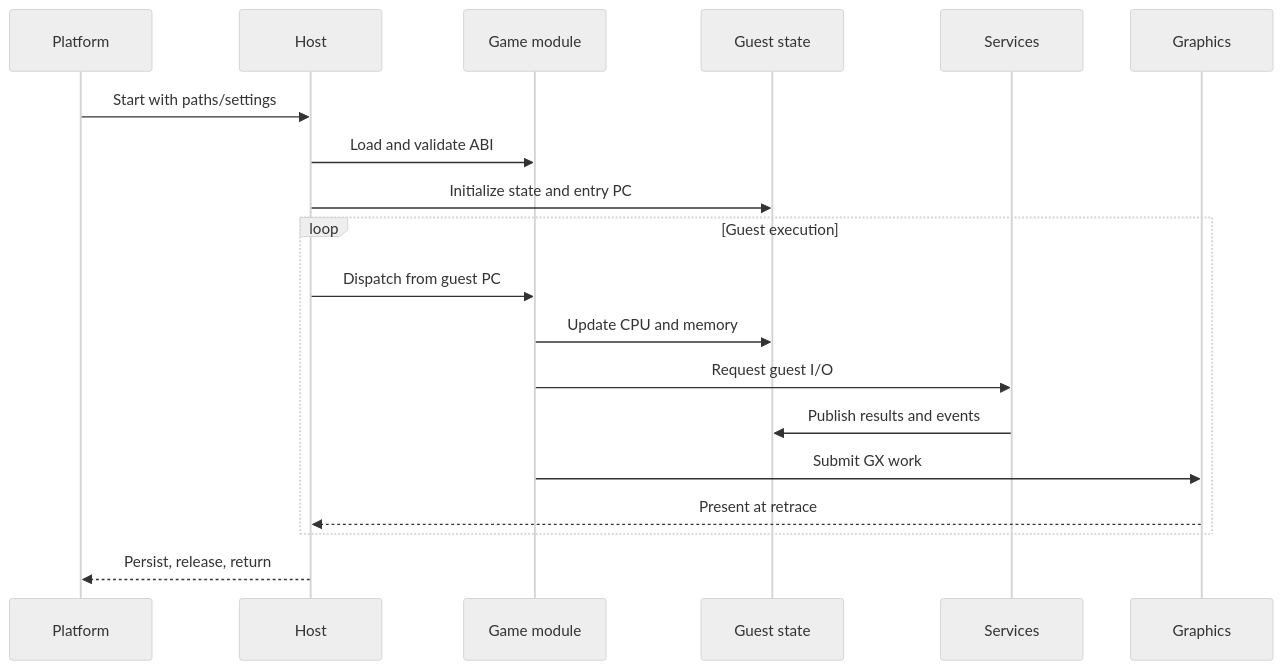
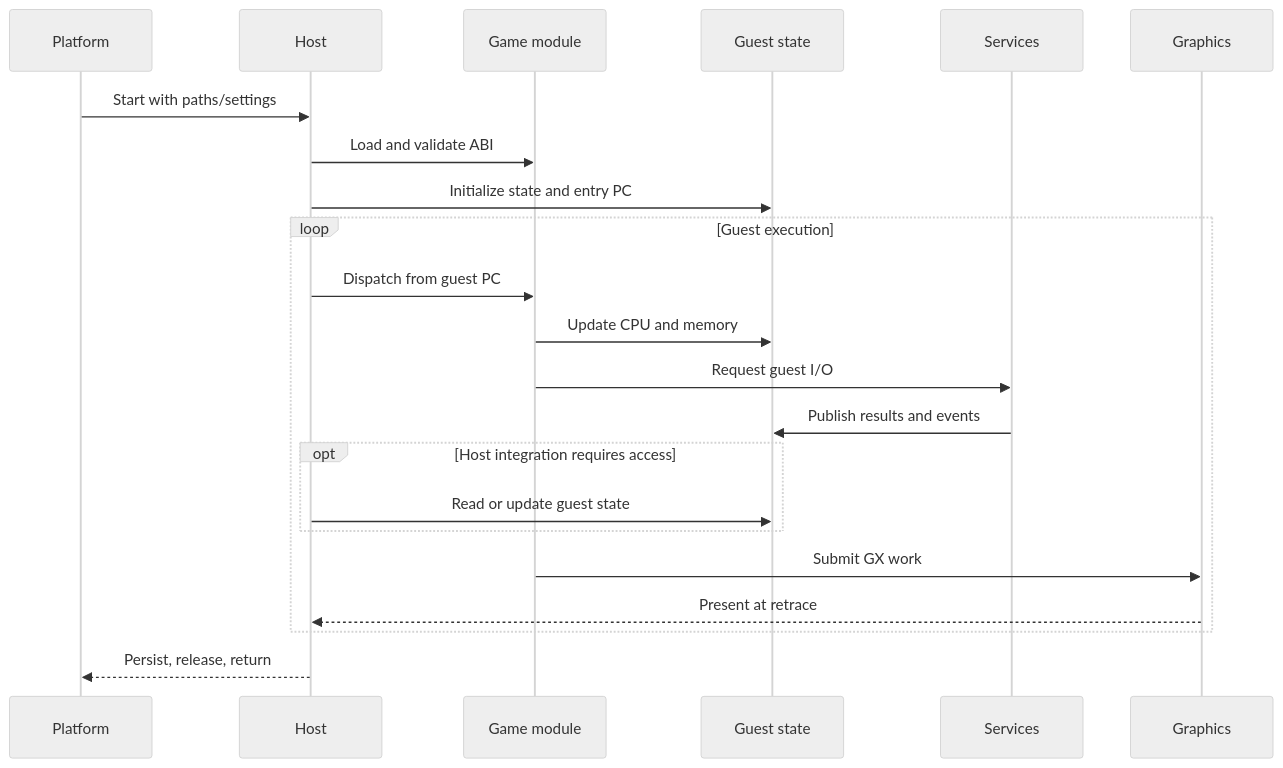
One commit to Aelbannan/boat_of_daphnes changed the second of 2 diagrams in docs/architecture/Runtime.md. Above: the diagram before and after it, drawn with Mermaid (neutral theme). The commit also changed other lines of this file, not shown here.

Commit message:
docs: clarify host access to guest state

````diff
--- a/docs/architecture/Runtime.md
+++ b/docs/architecture/Runtime.md
@@ -162,22 +181,25 @@
 ```mermaid
 sequenceDiagram
     participant P as Platform
     participant H as Host
     participant M as Game module
     participant G as Guest state
     participant S as Services
     participant R as Graphics
 
     P->>H: Start with paths/settings
     H->>M: Load and validate ABI
     H->>G: Initialize state and entry PC
     loop Guest execution
         H->>M: Dispatch from guest PC
         M->>G: Update CPU and memory
         M->>S: Request guest I/O
         S->>G: Publish results and events
+        opt Host integration requires access
+            H->>G: Read or update guest state
+        end
         M->>R: Submit GX work
         R-->>H: Present at retrace
     end
     H-->>P: Persist, release, return
 ```
````
